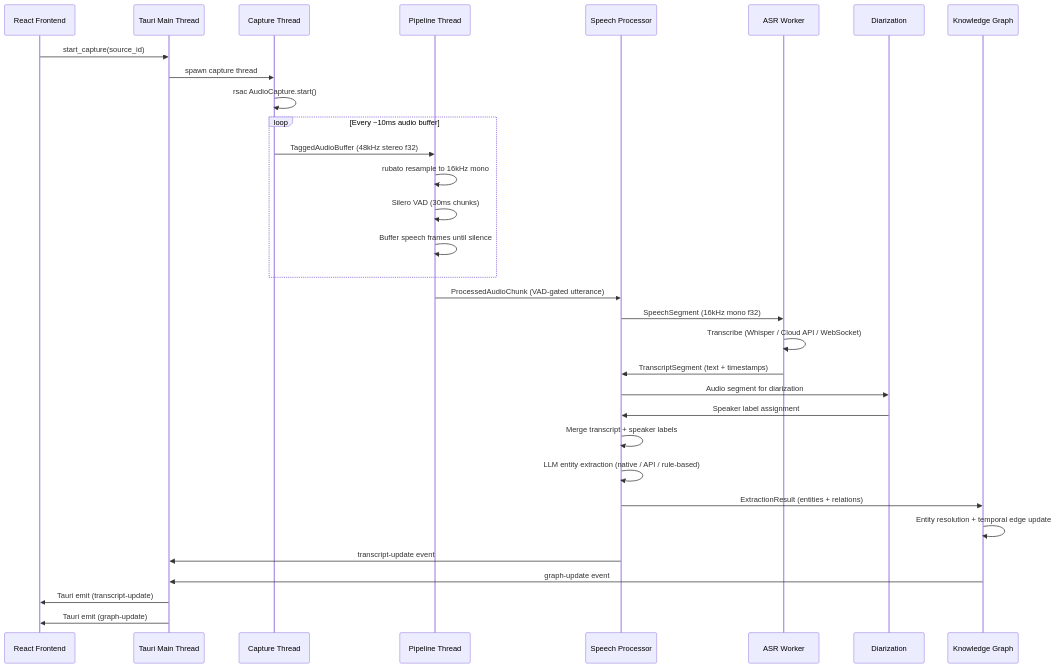
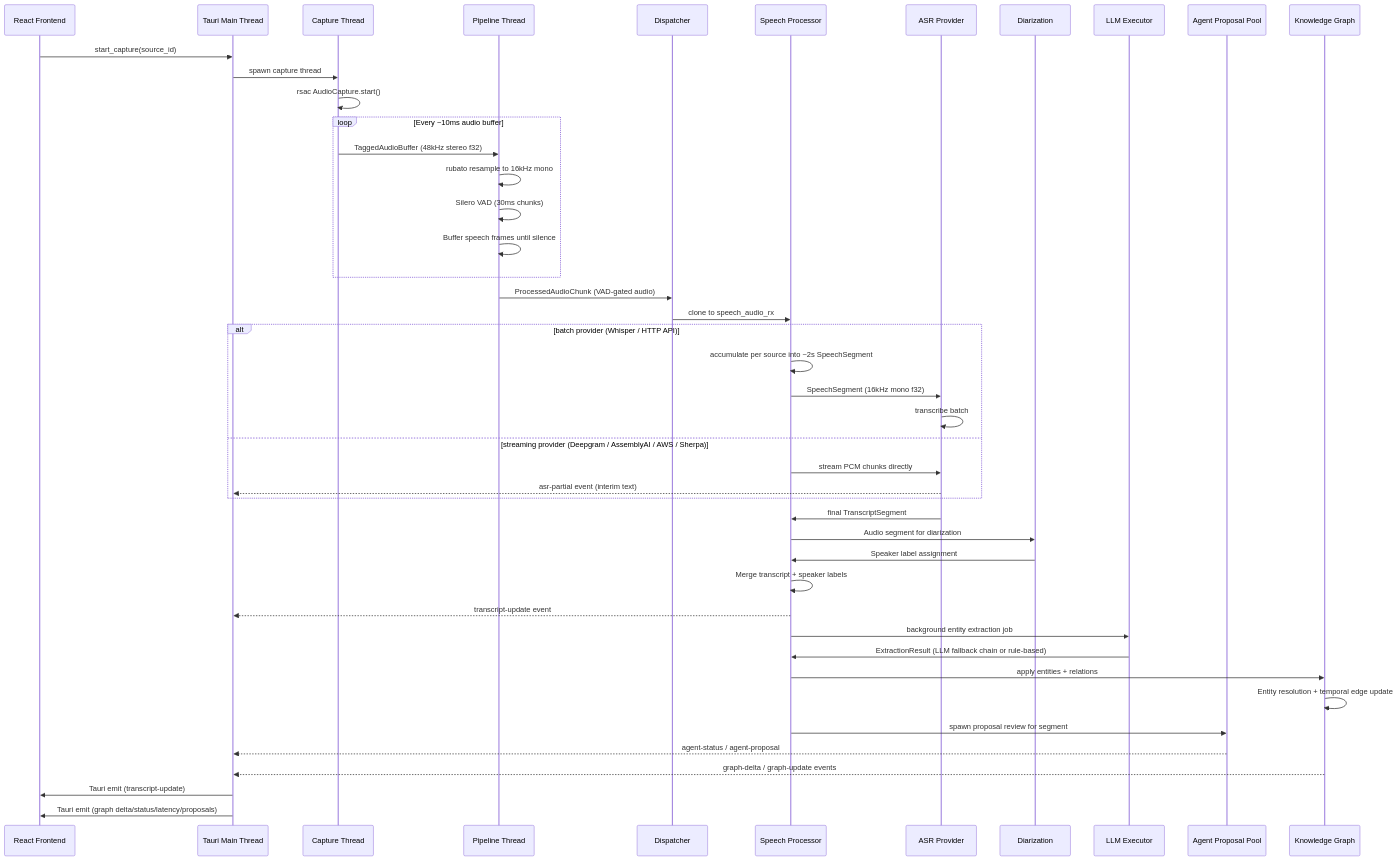
The fifth of 10 diagrams in docs/ARCHITECTURE.md (Codeseys-Labs/audio-graph), drawn with Mermaid before and after one commit. The commit also changed other lines of this file and 17 other files, not shown here.

````diff
--- a/docs/ARCHITECTURE.md
+++ b/docs/ARCHITECTURE.md
@@ -347,40 +521,55 @@
 ```mermaid
 sequenceDiagram
     participant UI as React Frontend
     participant Main as Tauri Main Thread
     participant Cap as Capture Thread
     participant Pipe as Pipeline Thread
+    participant Disp as Dispatcher
     participant Speech as Speech Processor
-    participant ASR as ASR Worker
+    participant ASR as ASR Provider
     participant Diar as Diarization
+    participant Exec as LLM Executor
+    participant Agent as Agent Proposal Pool
     participant Graph as Knowledge Graph
 
     UI->>Main: start_capture(source_id)
     Main->>Cap: spawn capture thread
     Cap->>Cap: rsac AudioCapture.start()
 
     loop Every ~10ms audio buffer
         Cap->>Pipe: TaggedAudioBuffer (48kHz stereo f32)
         Pipe->>Pipe: rubato resample to 16kHz mono
         Pipe->>Pipe: Silero VAD (30ms chunks)
         Pipe->>Pipe: Buffer speech frames until silence
     end
 
-    Pipe->>Speech: ProcessedAudioChunk (VAD-gated utterance)
-    Speech->>ASR: SpeechSegment (16kHz mono f32)
-    ASR->>ASR: Transcribe (Whisper / Cloud API / WebSocket)
-    ASR->>Speech: TranscriptSegment (text + timestamps)
+    Pipe->>Disp: ProcessedAudioChunk (VAD-gated audio)
+    Disp->>Speech: clone to speech_audio_rx
+
+    alt batch provider (Whisper / HTTP API)
+        Speech->>Speech: accumulate per source into ~2s SpeechSegment
+        Speech->>ASR: SpeechSegment (16kHz mono f32)
+        ASR->>ASR: transcribe batch
+    else streaming provider (Deepgram / AssemblyAI / AWS / Sherpa)
+        Speech->>ASR: stream PCM chunks directly
+        ASR-->>Main: asr-partial event (interim text)
+    end
+
+    ASR->>Speech: final TranscriptSegment
 
     Speech->>Diar: Audio segment for diarization
     Diar->>Speech: Speaker label assignment
 
     Speech->>Speech: Merge transcript + speaker labels
-    Speech->>Speech: LLM entity extraction (native / API / rule-based)
-    Speech->>Graph: ExtractionResult (entities + relations)
+    Speech-->>Main: transcript-update event
+    Speech->>Exec: background entity extraction job
+    Exec->>Speech: ExtractionResult (LLM fallback chain or rule-based)
+    Speech->>Graph: apply entities + relations
     Graph->>Graph: Entity resolution + temporal edge update
+    Speech->>Agent: spawn proposal review for segment
+    Agent-->>Main: agent-status / agent-proposal
+    Graph-->>Main: graph-delta / graph-update events
 
-    Speech->>Main: transcript-update event
-    Graph->>Main: graph-update event
     Main->>UI: Tauri emit (transcript-update)
-    Main->>UI: Tauri emit (graph-update)
+    Main->>UI: Tauri emit (graph delta/status/latency/proposals)
 ```
````
